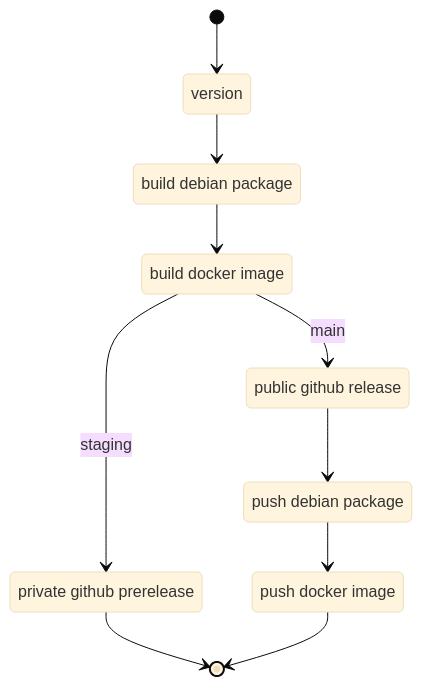
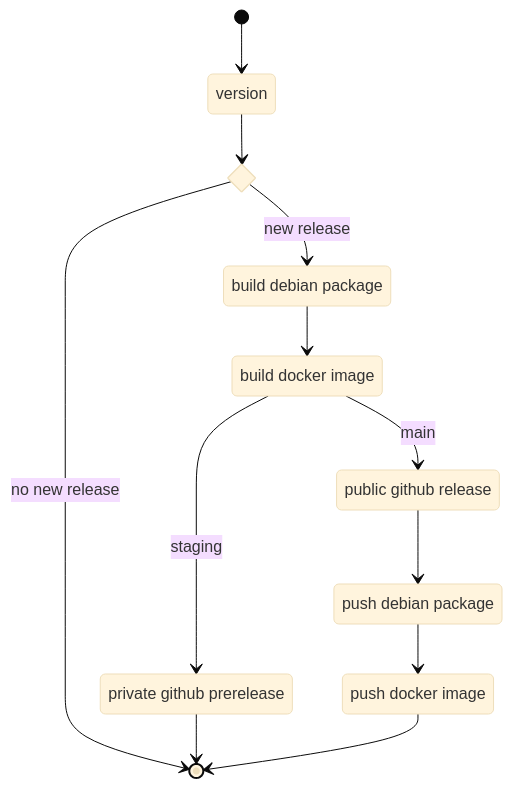
The second of 2 diagrams in .github/workflows/workflow-readme.md (synthetik-technologies/blastfoam), drawn with Mermaid (base theme) before and after one commit. The commit also changed other lines of this file, not shown here.

````diff
--- a/.github/workflows/workflow-readme.md
+++ b/.github/workflows/workflow-readme.md
@@ -49,25 +19,27 @@
 ```mermaid
   stateDiagram-v2
 
   state "build debian package" as deb
   state "build docker image" as doc
   state "private github prerelease" as pre
   state "public github release" as pub
   state "push docker image" as docPush
   state "push debian package" as debPush
-
+  state new_release <<choice>>
   [*] --> version
-  version --> deb
+  version --> new_release
+  new_release --> deb: new release
+  new_release --> [*]: no new release
   deb --> doc
   doc --> pre: staging
   pre --> [*]
 
   doc --> pub: main
   pub --> debPush
   debPush --> docPush
   docPush --> [*]
 
 
 
 
 ```
````
